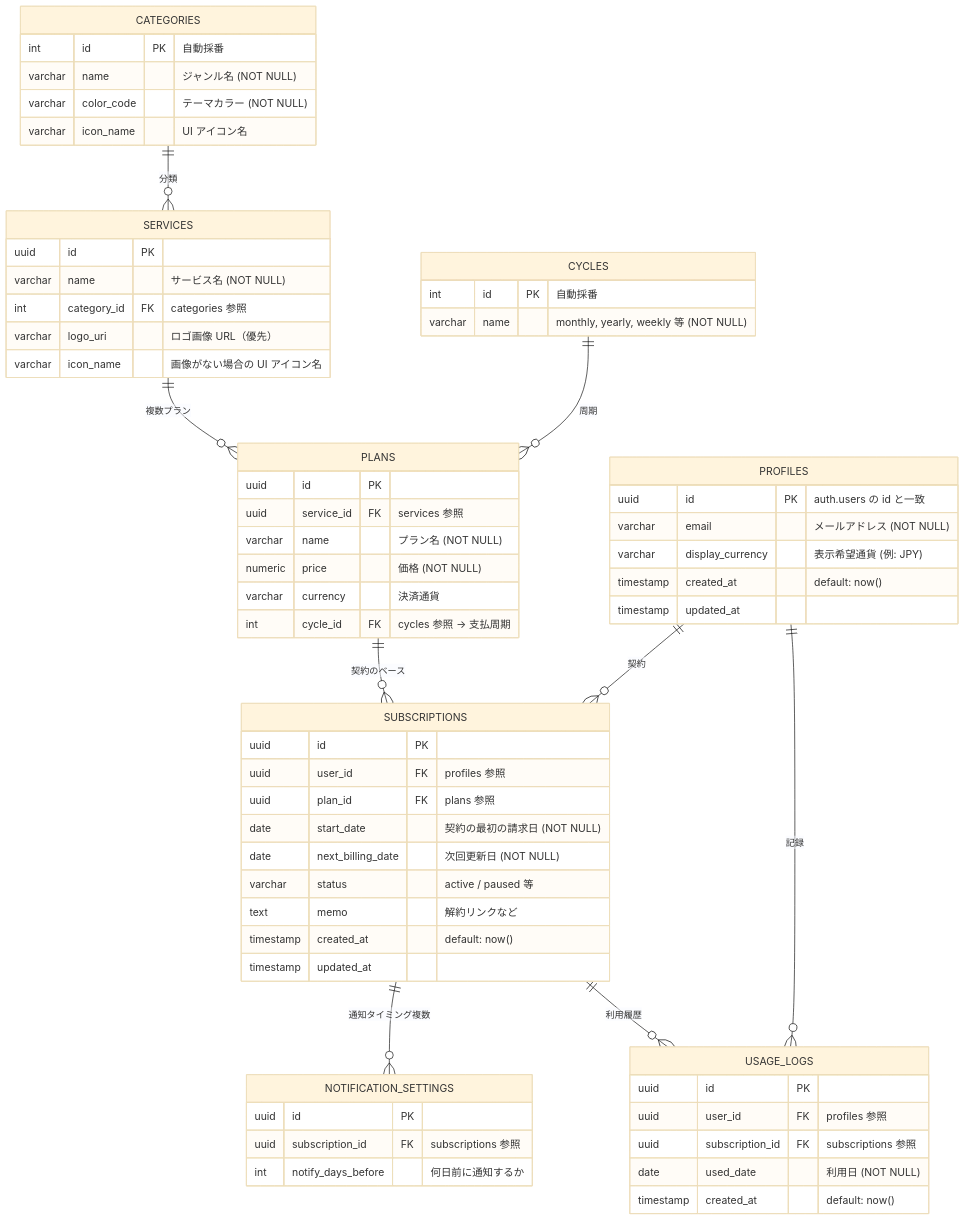
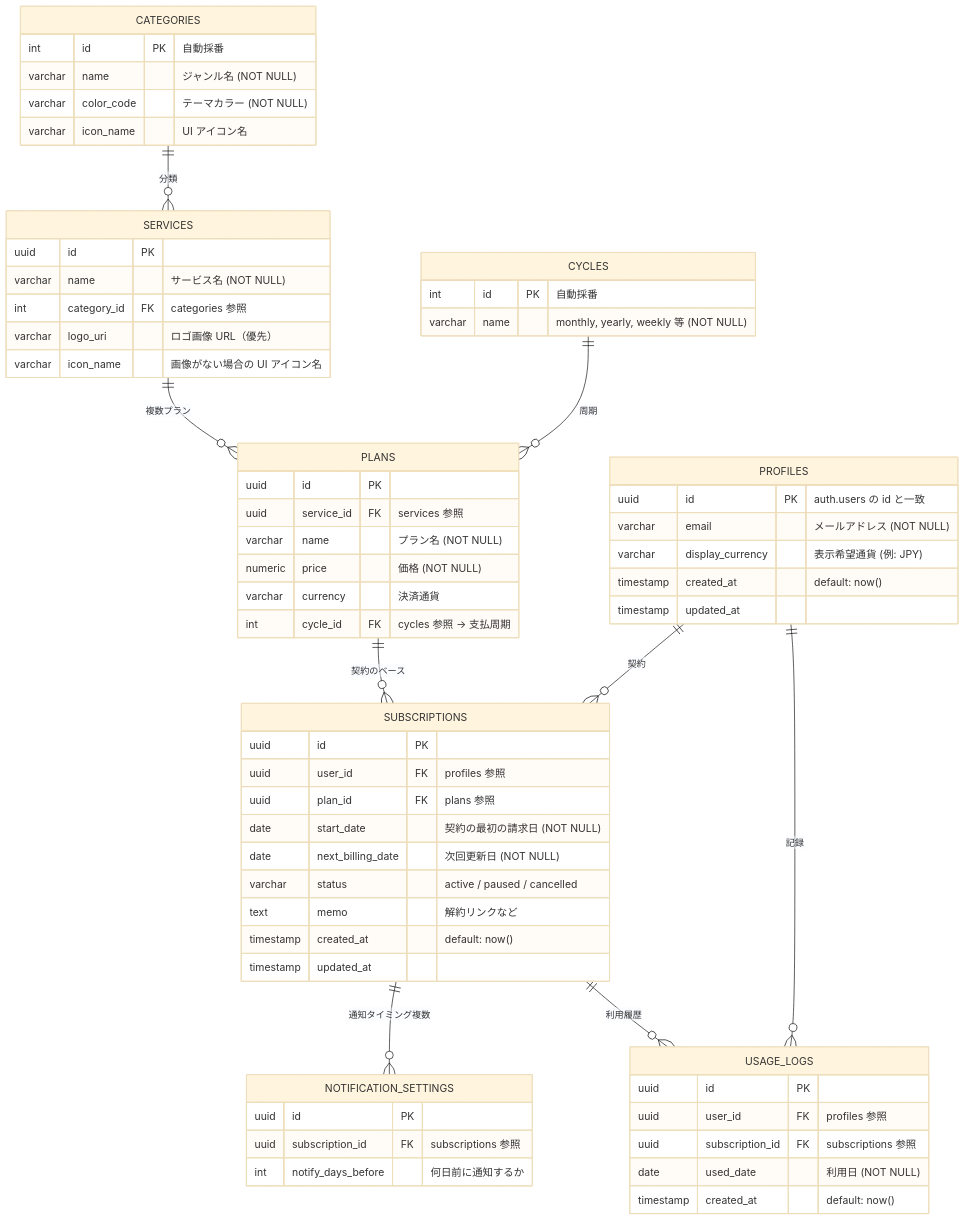
Before and after one commit to junpei0315/SubTrack: the diagram in docs/DATABASE_DESIGN.md, drawn with Mermaid (base theme). The commit also changed other lines of this file and 1 other file, not shown here.

Commit message:
add: Subscriptions databaseのstatusに解約(cancelled)を追加

````diff
--- a/docs/DATABASE_DESIGN.md
+++ b/docs/DATABASE_DESIGN.md
@@ -25,74 +25,74 @@
 ```mermaid
 erDiagram
     PROFILES {
         uuid id PK "auth.users の id と一致"
         varchar email "メールアドレス (NOT NULL)"
         varchar display_currency "表示希望通貨 (例: JPY)"
         timestamp created_at "default: now()"
         timestamp updated_at
     }
 
     CATEGORIES {
         int id PK "自動採番"
         varchar name "ジャンル名 (NOT NULL)"
         varchar color_code "テーマカラー (NOT NULL)"
         varchar icon_name "UI アイコン名"
     }
 
     CYCLES {
         int id PK "自動採番"
         varchar name "monthly, yearly, weekly 等 (NOT NULL)"
     }
 
     SERVICES {
         uuid id PK
         varchar name "サービス名 (NOT NULL)"
         int category_id FK "categories 参照"
         varchar logo_uri "ロゴ画像 URL（優先）"
         varchar icon_name "画像がない場合の UI アイコン名"
     }
 
     PLANS {
         uuid id PK
         uuid service_id FK "services 参照"
         varchar name "プラン名 (NOT NULL)"
         numeric price "価格 (NOT NULL)"
         varchar currency "決済通貨"
         int cycle_id FK "cycles 参照 → 支払周期"
     }
 
     SUBSCRIPTIONS {
         uuid id PK
         uuid user_id FK "profiles 参照"
         uuid plan_id FK "plans 参照"
         date start_date "契約の最初の請求日 (NOT NULL)"
         date next_billing_date "次回更新日 (NOT NULL)"
-        varchar status "active / paused 等"
+        varchar status "active / paused / cancelled"
         text memo "解約リンクなど"
         timestamp created_at "default: now()"
         timestamp updated_at
     }
 
     NOTIFICATION_SETTINGS {
         uuid id PK
         uuid subscription_id FK "subscriptions 参照"
         int notify_days_before "何日前に通知するか"
     }
 
     USAGE_LOGS {
         uuid id PK
         uuid user_id FK "profiles 参照"
         uuid subscription_id FK "subscriptions 参照"
         date used_date "利用日 (NOT NULL)"
         timestamp created_at "default: now()"
     }
 
     PROFILES ||--o{ SUBSCRIPTIONS : "契約"
     PROFILES ||--o{ USAGE_LOGS : "記録"
     CATEGORIES ||--o{ SERVICES : "分類"
     CYCLES ||--o{ PLANS : "周期"
     SERVICES ||--o{ PLANS : "複数プラン"
     PLANS ||--o{ SUBSCRIPTIONS : "契約のベース"
     SUBSCRIPTIONS ||--o{ NOTIFICATION_SETTINGS : "通知タイミング複数"
     SUBSCRIPTIONS ||--o{ USAGE_LOGS : "利用履歴"
 ```
````
